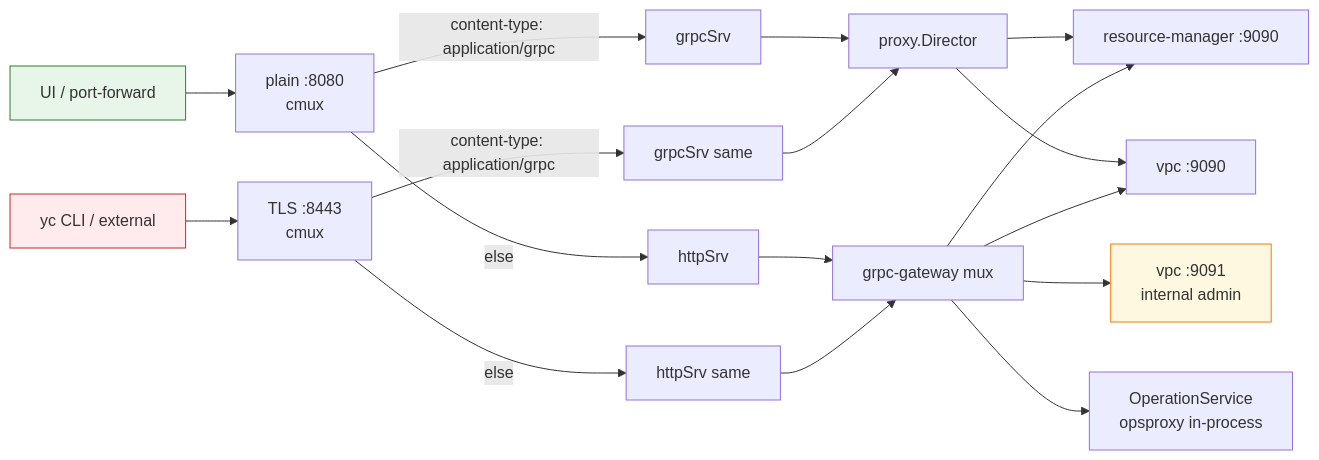
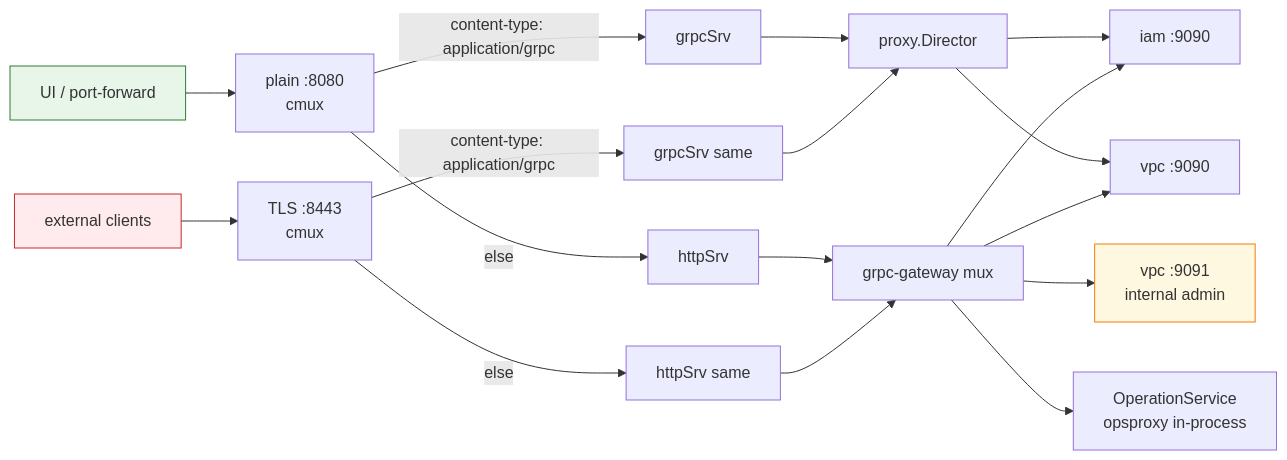
One commit to PRO-Robotech/kacho-workspace changed the diagram in docs/architecture/04-api-gateway-routing.md. Above: the diagram before and after it, drawn with Mermaid. The commit also changed other lines of this file and 16 other files, not shown here.

````diff
--- a/docs/architecture/04-api-gateway-routing.md
+++ b/docs/architecture/04-api-gateway-routing.md
@@ -18,26 +18,26 @@
 ```mermaid
 flowchart LR
   C1[UI / port-forward]:::pub --> L1[plain :8080<br/>cmux]
-  C2[yc CLI / external]:::ext --> L2[TLS :8443<br/>cmux]
+  C2[external clients]:::ext --> L2[TLS :8443<br/>cmux]
 
   L1 -->|content-type: application/grpc| GS1[grpcSrv]
   L1 -->|else| HS1[httpSrv]
   L2 -->|content-type: application/grpc| GS2[grpcSrv same]
   L2 -->|else| HS2[httpSrv same]
 
   GS1 --> P[proxy.Director]
   GS2 --> P
   HS1 --> M[grpc-gateway mux]
   HS2 --> M
 
-  P --> RM[resource-manager :9090]
+  P --> IAM[iam :9090]
   P --> VPC[vpc :9090]
-  M --> RM
+  M --> IAM
   M --> VPC
   M --> VPCI[vpc :9091<br/>internal admin]:::admin
   M --> OPS[OperationService<br/>opsproxy in-process]
 
   classDef pub fill:#e8f5e9,stroke:#2e7d32
   classDef ext fill:#ffebee,stroke:#c62828
   classDef admin fill:#fff8e1,stroke:#f57c00
 ```
````
